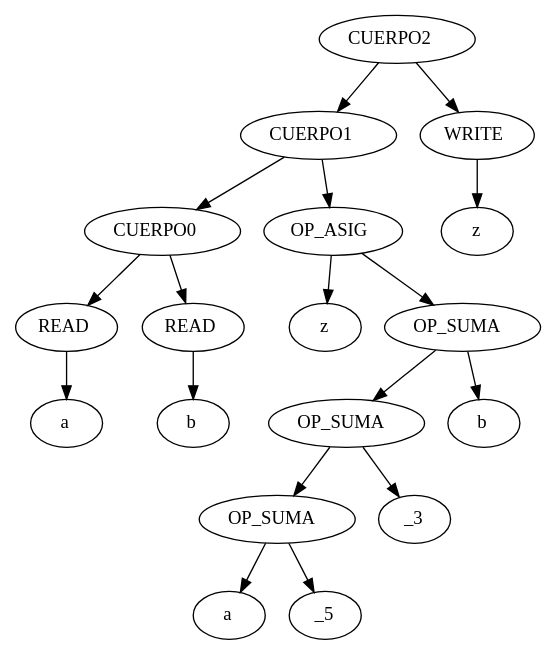
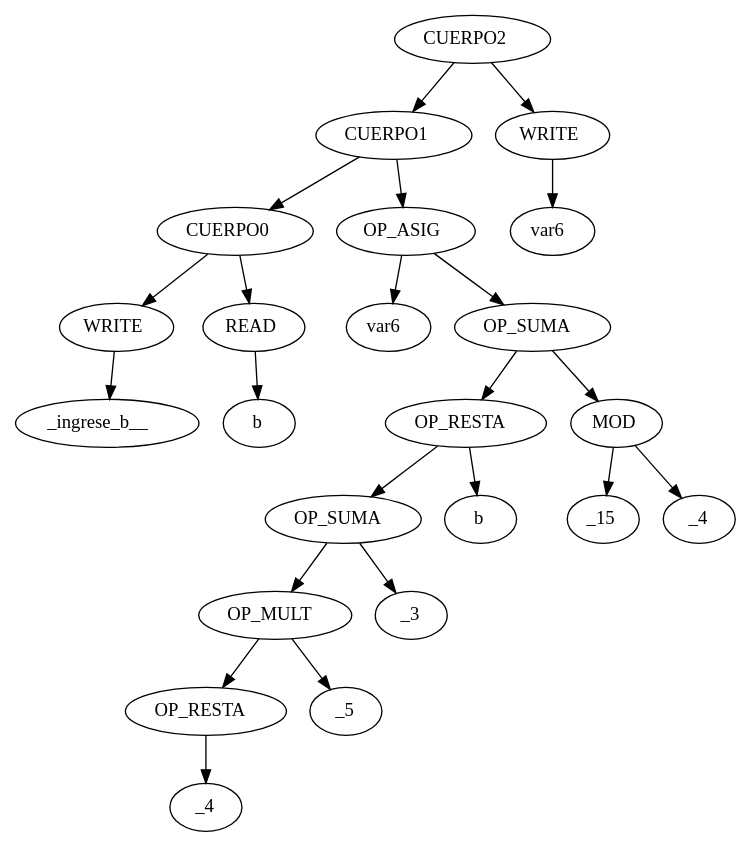
One commit to JonatanGrassi/TP_compiladorLyC changed the diagram in graph.dot. Above: the diagram before and after it, drawn with Graphviz. The commit also changed 13 other files, not shown here.

Commit message:
restas,unario,mod,div,mult,correciones ts

```diff
--- a/graph.dot
+++ b/graph.dot
@@ -1,37 +1,47 @@
 digraph BST {
 x0 [label=<CUERPO2>];
 x1 [label=<CUERPO1>];
 x0 -> x1;
 x3 [label=<CUERPO0>];
 x1 -> x3;
-x7 [label=<READ>];
+x7 [label=<WRITE>];
 x3 -> x7;
-x15 [label=<a>];
+x15 [label=<_ingrese_b__>];
 x7 -> x15;
 x8 [label=<READ>];
 x3 -> x8;
 x17 [label=<b>];
 x8 -> x17;
 x4 [label=<OP_ASIG>];
 x1 -> x4;
-x9 [label=<z>];
+x9 [label=<var6>];
 x4 -> x9;
 x10 [label=<OP_SUMA>];
 x4 -> x10;
-x21 [label=<OP_SUMA>];
+x21 [label=<OP_RESTA>];
 x10 -> x21;
 x43 [label=<OP_SUMA>];
 x21 -> x43;
-x87 [label=<a>];
+x87 [label=<OP_MULT>];
 x43 -> x87;
-x88 [label=<_5>];
+x175 [label=<OP_RESTA>];
+x87 -> x175;
+x351 [label=<_4>];
+x175 -> x351;
+x176 [label=<_5>];
+x87 -> x176;
+x88 [label=<_3>];
 x43 -> x88;
-x44 [label=<_3>];
+x44 [label=<b>];
 x21 -> x44;
-x22 [label=<b>];
+x22 [label=<MOD>];
 x10 -> x22;
+x45 [label=<_15>];
+x22 -> x45;
+x46 [label=<_4>];
+x22 -> x46;
 x2 [label=<WRITE>];
 x0 -> x2;
-x5 [label=<z>];
+x5 [label=<var6>];
 x2 -> x5;
 }
```
